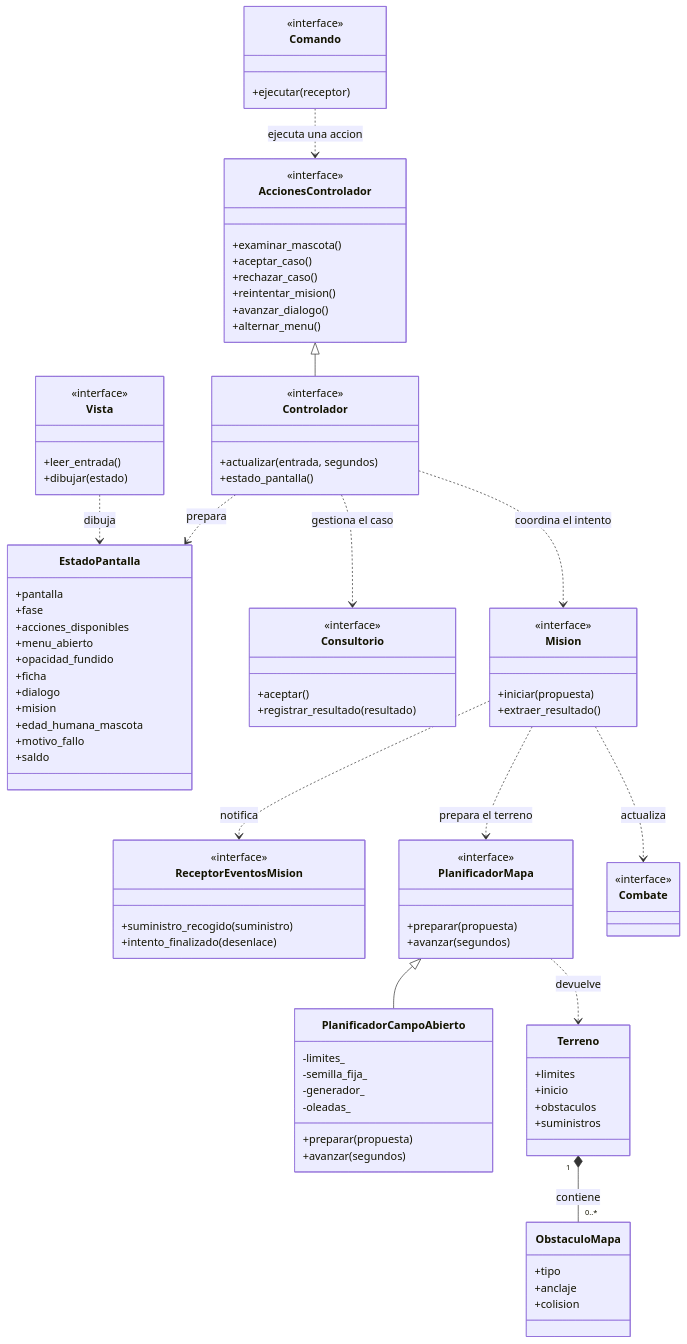
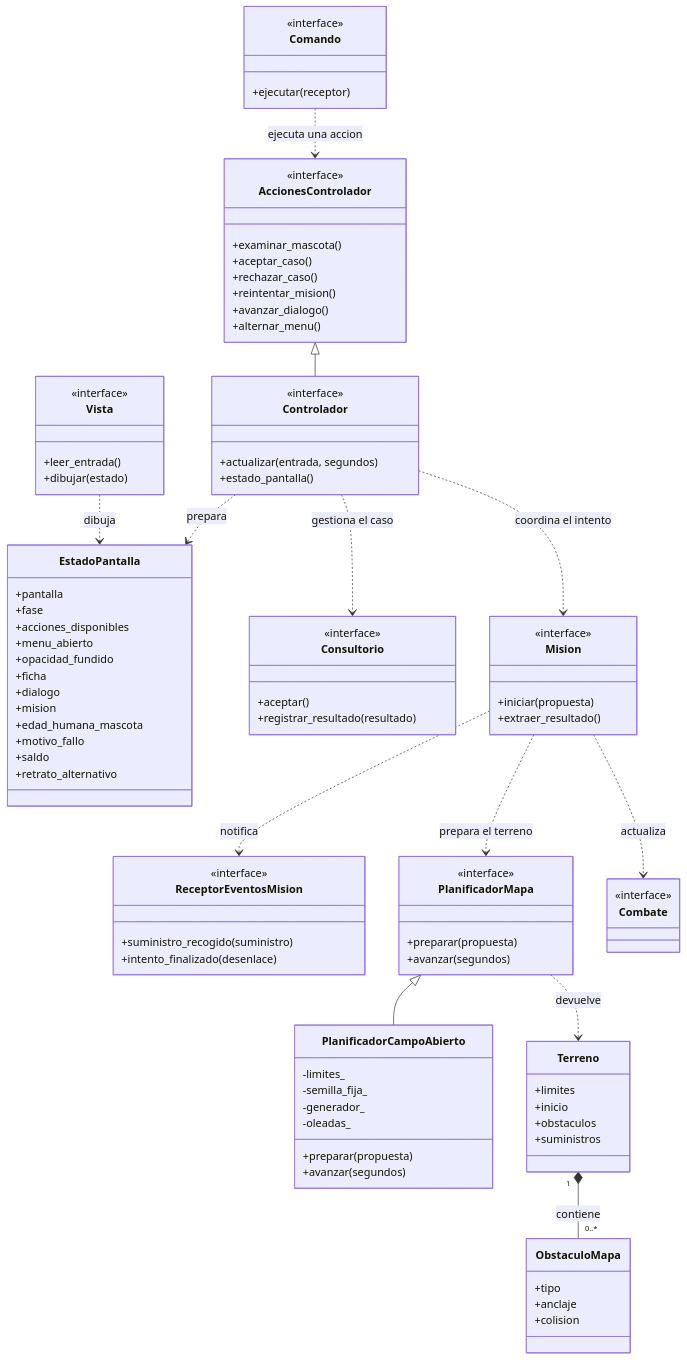
The first of 4 diagrams in README.md (sandra-aliaga/veterinaria-apocaliptica-to), drawn with Mermaid before and after one commit. The commit also changed other lines of this file and 49 other files, not shown here.

```diff
--- a/README.md
+++ b/README.md
@@ -236,6 +252,7 @@
         +edad_humana_mascota
         +motivo_fallo
         +saldo
+        +retrato_alternativo
     }
     class AccionesControlador {
         <<interface>>
```
